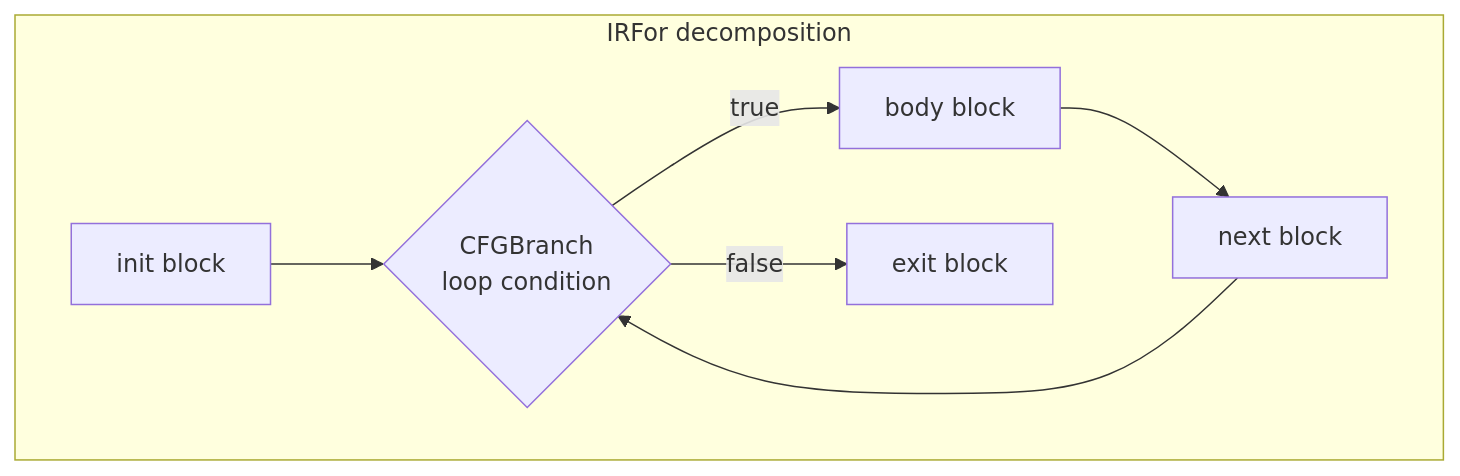
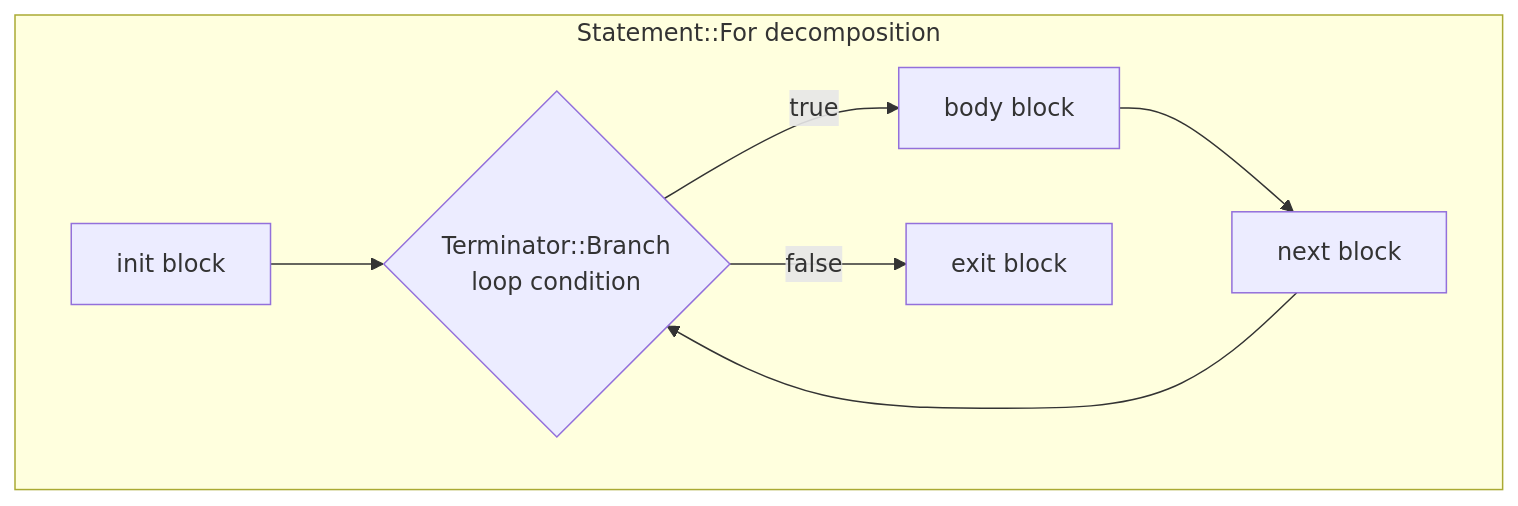
One commit to bitwisecook/tcl-lsp changed the tenth of 20 diagrams in docs/design/compiler-architecture.md. Above: the diagram before and after it, drawn with Mermaid. The commit also changed other lines of this file and 5 other files, not shown here.

````diff
--- a/docs/design/compiler-architecture.md
+++ b/docs/design/compiler-architecture.md
@@ -417,10 +475,10 @@
 ```mermaid
 flowchart TD
-    subgraph "IRFor decomposition"
-        INIT["init block"] --> COND{"CFGBranch<br/>loop condition"}
+    subgraph "Statement::For decomposition"
+        INIT["init block"] --> COND{"Terminator::Branch<br/>loop condition"}
         COND -- true --> BODY["body block"]
         COND -- false --> EXIT["exit block"]
         BODY --> NEXT["next block"]
         NEXT --> COND
     end
 ```
````
